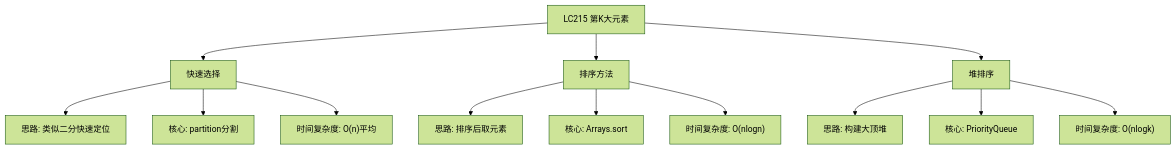
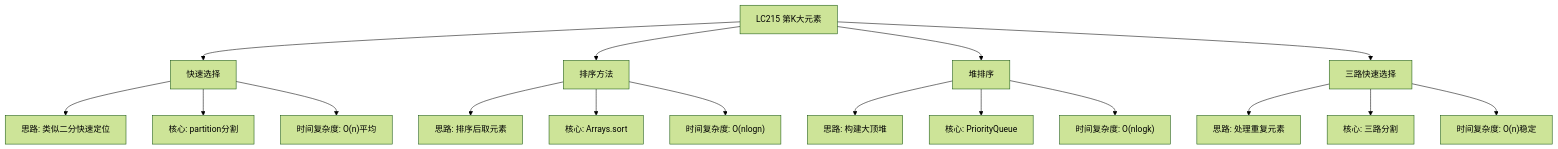
The diagram in note-leetcode/src/main/java/com/ssl/note/leetcode/编号刷题/LC215_数组中的第K大元素/03-16-09-16 LC215_数组中的第K大元素解法分析.md (ssl1995/note-algorithm), drawn with Mermaid (forest theme) before and after one commit. The commit also changed other lines of this file and 1 other file, not shown here.

````diff
--- a/note-leetcode/src/main/java/com/ssl/note/leetcode/编号刷题/LC215_数组中的第K大元素/03-16-09-16 LC215_数组中的第K大元素解法分析.md
+++ b/note-leetcode/src/main/java/com/ssl/note/leetcode/编号刷题/LC215_数组中的第K大元素/03-16-09-16 LC215_数组中的第K大元素解法分析.md
@@ -11,15 +11,19 @@
 ```mermaid
 flowchart TD
     A["LC215 第K大元素"] --> B["快速选择"]
     A --> C["排序方法"]
     A --> D["堆排序"]
+    A --> E["三路快速选择"]
     B --> B1["思路: 类似二分快速定位"]
     B --> B2["核心: partition分割"]
     B --> B3["时间复杂度: O(n)平均"]
     C --> C1["思路: 排序后取元素"]
     C --> C2["核心: Arrays.sort"]
     C --> C3["时间复杂度: O(nlogn)"]
     D --> D1["思路: 构建大顶堆"]
     D --> D2["核心: PriorityQueue"]
     D --> D3["时间复杂度: O(nlogk)"]
+    E --> E1["思路: 处理重复元素"]
+    E --> E2["核心: 三路分割"]
+    E --> E3["时间复杂度: O(n)稳定"]
 ```
````
